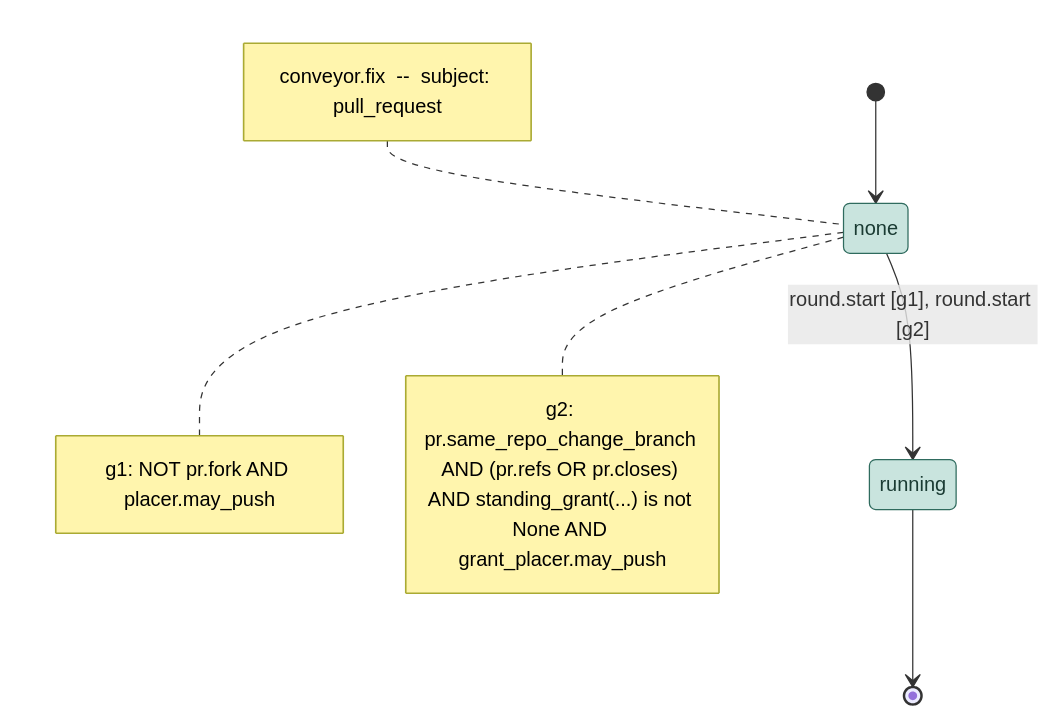
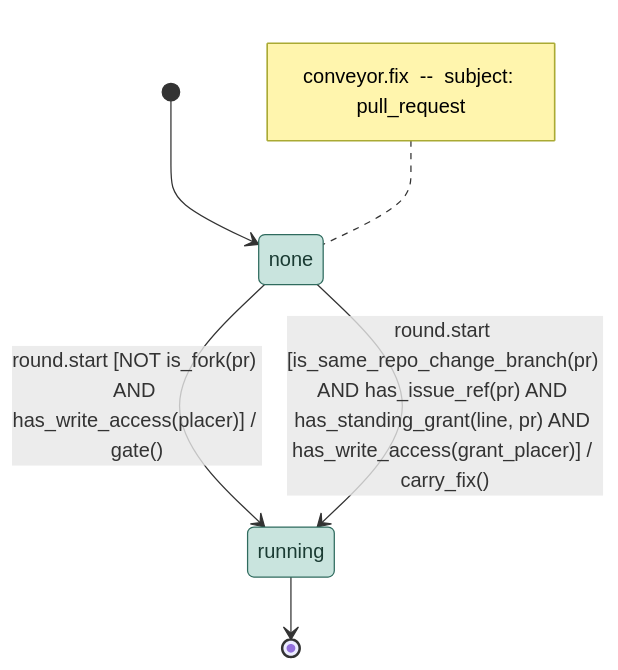
One commit to kostiantyn-matsebora/agent-ops-operator changed the diagram in .github/conveyor-model/mermaid/conveyor_fix.mmd. Above: the diagram before and after it, drawn with Mermaid. The commit also changed 9 other files, not shown here.

```diff
--- a/.github/conveyor-model/mermaid/conveyor_fix.mmd
+++ b/.github/conveyor-model/mermaid/conveyor_fix.mmd
@@ -1,18 +1,13 @@
 stateDiagram-v2
     [*] --> none
     note left of none
         conveyor.fix  --  subject: pull_request
     end note
     classDef stationState fill:#e8d5b5,stroke:#8a6d3b,color:#4a3b1f
     classDef loopState fill:#c9e4de,stroke:#2f6b5e,color:#1a3b33
     state none
     state running
-    none --> running : round.start [g1], round.start [g2]
+    none --> running : round.start [NOT is_fork(pr) AND has_write_access(placer)] / gate()
+    none --> running : round.start [is_same_repo_change_branch(pr) AND has_issue_ref(pr) AND has_standing_grant(line, pr) AND has_write_access(grant_placer)] / carry_fix()
     running --> [*]
     class none, running loopState
-    note right of none
-        g1: NOT pr.fork AND placer.may_push
-    end note
-    note right of none
-        g2: pr.same_repo_change_branch AND (pr.refs OR pr.closes) AND standing_grant(...) is not None AND grant_placer.may_push
-    end note
```
